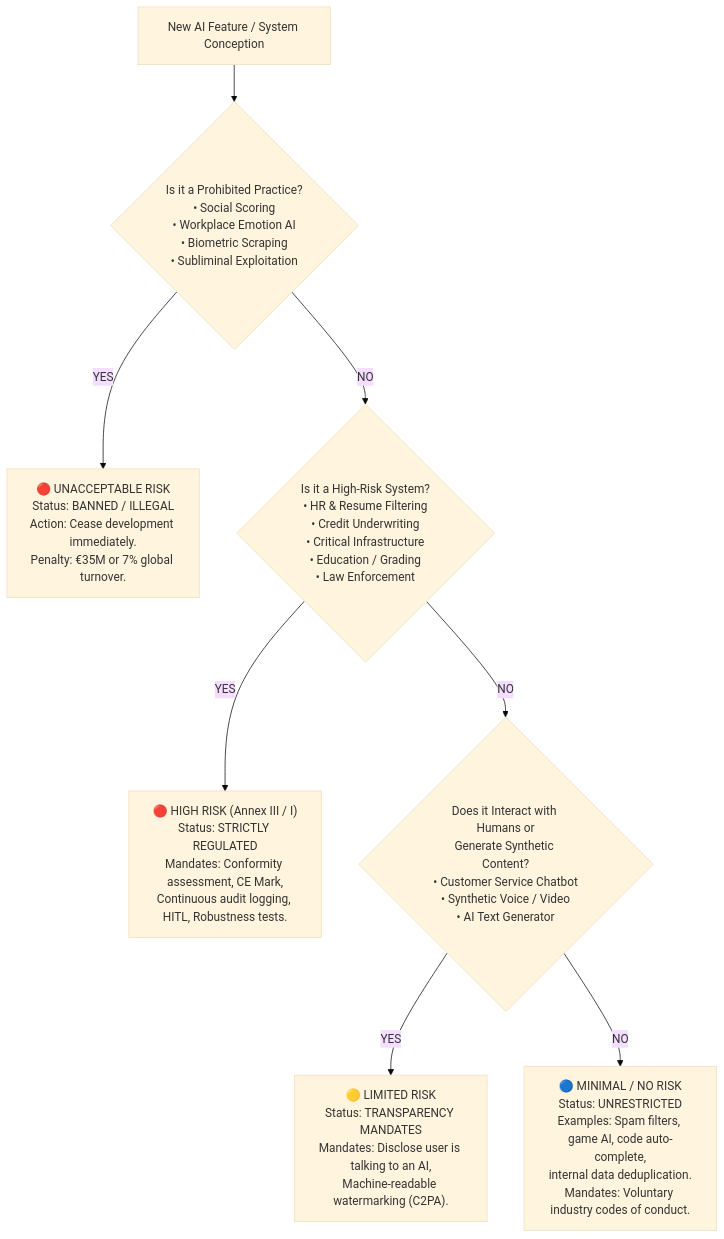
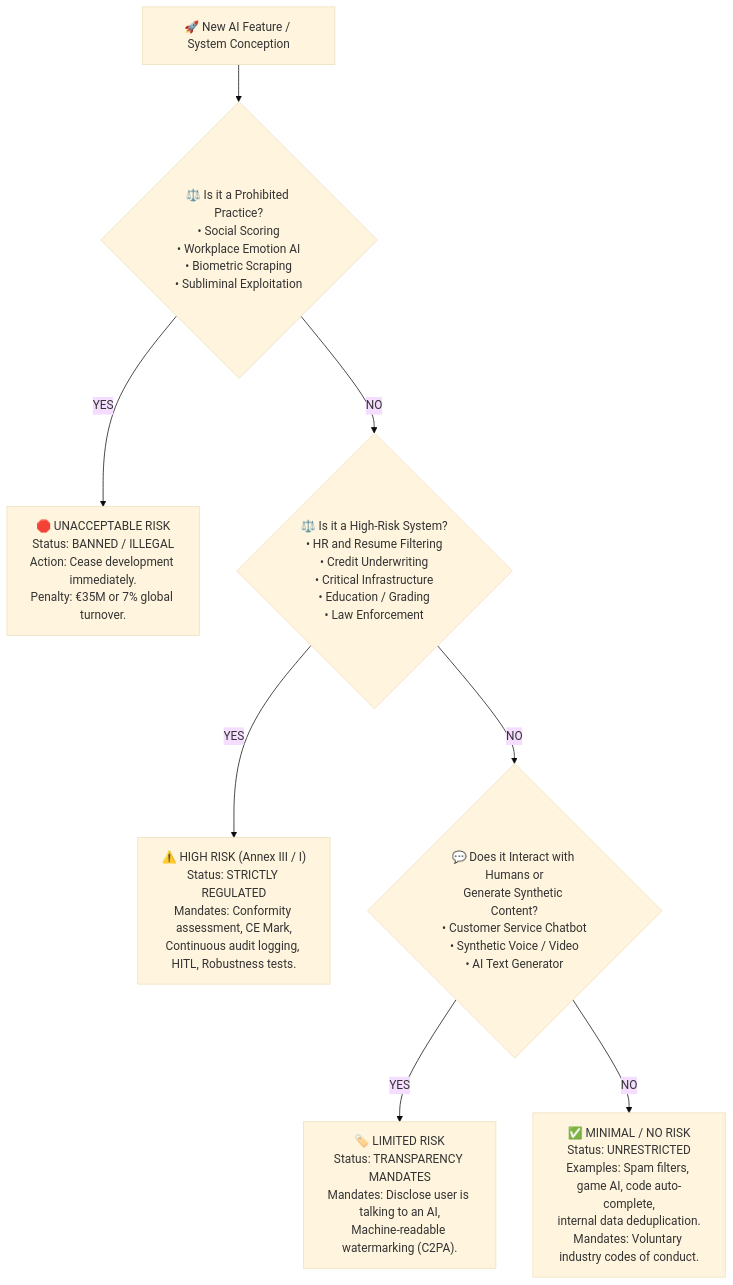
One commit to dip4k/senior-engineer-to-ai-engineer-roadmap changed the fourth of 12 diagrams in resources/ai-governance-and-compliance-guide.md. Above: the diagram before and after it, drawn with Mermaid (base theme). The commit also changed other lines of this file and 94 other files, not shown here.

Commit message:
refactor(curriculum): complete Phase 04 upgrade and enforce diagram renderer invariants

````diff
--- a/resources/ai-governance-and-compliance-guide.md
+++ b/resources/ai-governance-and-compliance-guide.md
@@ -155,16 +154,16 @@
 ```mermaid
 flowchart TD
-    Start["New AI Feature / System Conception"] --> Q1{"Is it a Prohibited Practice?\n• Social Scoring\n• Workplace Emotion AI\n• Biometric Scraping\n• Subliminal Exploitation"}
+    Start["🚀 New AI Feature / System Conception"] --> Q1{"⚖️ Is it a Prohibited Practice?\n• Social Scoring\n• Workplace Emotion AI\n• Biometric Scraping\n• Subliminal Exploitation"}
     
-    Q1 -- YES --> T1["🔴 UNACCEPTABLE RISK\nStatus: BANNED / ILLEGAL\nAction: Cease development immediately.\nPenalty: €35M or 7% global turnover."]
+    Q1 -- YES --> T1["🛑 UNACCEPTABLE RISK\nStatus: BANNED / ILLEGAL\nAction: Cease development immediately.\nPenalty: €35M or 7% global turnover."]
     
-    Q1 -- NO --> Q2{"Is it a High-Risk System?\n• HR & Resume Filtering\n• Credit Underwriting\n• Critical Infrastructure\n• Education / Grading\n• Law Enforcement"}
+    Q1 -- NO --> Q2{"⚖️ Is it a High-Risk System?\n• HR and Resume Filtering\n• Credit Underwriting\n• Critical Infrastructure\n• Education / Grading\n• Law Enforcement"}
     
-    Q2 -- YES --> T2["🔴 HIGH RISK (Annex III / I)\nStatus: STRICTLY REGULATED\nMandates: Conformity assessment, CE Mark,\nContinuous audit logging, HITL, Robustness tests."]
+    Q2 -- YES --> T2["⚠️ HIGH RISK (Annex III / I)\nStatus: STRICTLY REGULATED\nMandates: Conformity assessment, CE Mark,\nContinuous audit logging, HITL, Robustness tests."]
     
-    Q2 -- NO --> Q3{"Does it Interact with Humans or\nGenerate Synthetic Content?\n• Customer Service Chatbot\n• Synthetic Voice / Video\n• AI Text Generator"}
+    Q2 -- NO --> Q3{"💬 Does it Interact with Humans or\nGenerate Synthetic Content?\n• Customer Service Chatbot\n• Synthetic Voice / Video\n• AI Text Generator"}
     
-    Q3 -- YES --> T3["🟡 LIMITED RISK\nStatus: TRANSPARENCY MANDATES\nMandates: Disclose user is talking to an AI,\nMachine-readable watermarking (C2PA)."]
+    Q3 -- YES --> T3["🏷️ LIMITED RISK\nStatus: TRANSPARENCY MANDATES\nMandates: Disclose user is talking to an AI,\nMachine-readable watermarking (C2PA)."]
     
-    Q3 -- NO --> T4["🔵 MINIMAL / NO RISK\nStatus: UNRESTRICTED\nExamples: Spam filters, game AI, code auto-complete,\ninternal data deduplication.\nMandates: Voluntary industry codes of conduct."]
+    Q3 -- NO --> T4["✅ MINIMAL / NO RISK\nStatus: UNRESTRICTED\nExamples: Spam filters, game AI, code auto-complete,\ninternal data deduplication.\nMandates: Voluntary industry codes of conduct."]
 ```
````
